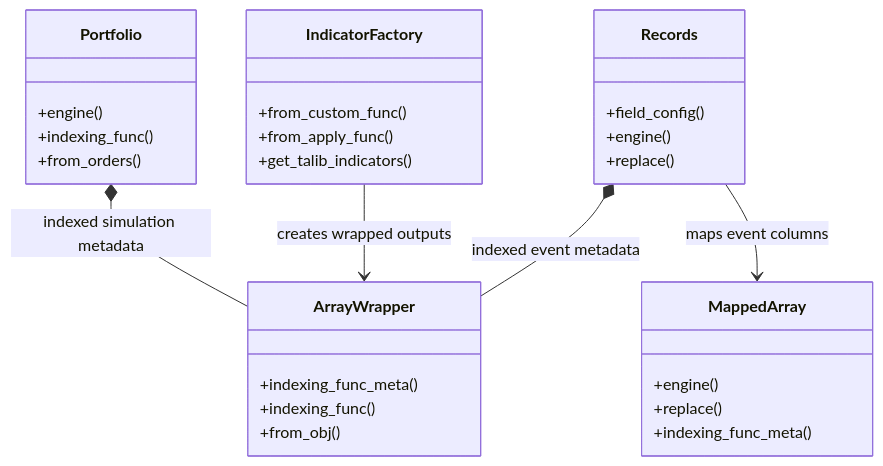
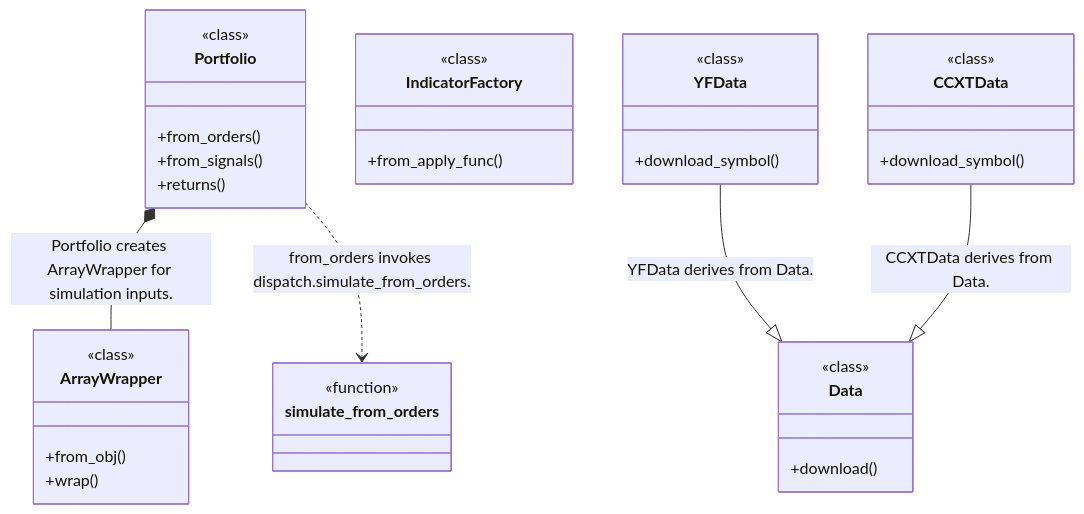
The second of 4 diagrams in docs/ayu-develop.md (alexcwyu/vectorbt), drawn with Mermaid before and after one commit. The commit also changed other lines of this file and 13 other files, not shown here.

Commit message:
docs: standardize source-reviewed system guides and offline diagrams

````diff
--- a/docs/ayu-develop.md
+++ b/docs/ayu-develop.md
@@ -35,32 +95,37 @@
 ```mermaid
 classDiagram
-    class ArrayWrapper {
-        +indexing_func_meta()
-        +indexing_func()
-        +from_obj()
-    }
-    class IndicatorFactory {
-        +from_custom_func()
-        +from_apply_func()
-        +get_talib_indicators()
-    }
-    class Portfolio {
-        +engine()
-        +indexing_func()
-        +from_orders()
-    }
-    class Records {
-        +field_config()
-        +engine()
-        +replace()
-    }
-    class MappedArray {
-        +engine()
-        +replace()
-        +indexing_func_meta()
-    }
-    Portfolio *-- ArrayWrapper : indexed simulation metadata
-    Records *-- ArrayWrapper : indexed event metadata
-    Records --> MappedArray : maps event columns
-    IndicatorFactory --> ArrayWrapper : creates wrapped outputs
+  class N0["Portfolio"] {
+    <<class>>
+    +from_orders()
+    +from_signals()
+    +returns()
+  }
+  class N1["ArrayWrapper"] {
+    <<class>>
+    +from_obj()
+    +wrap()
+  }
+  class N2["Data"] {
+    <<class>>
+    +download()
+  }
+  class N3["IndicatorFactory"] {
+    <<class>>
+    +from_apply_func()
+  }
+  class N4["simulate_from_orders"] {
+    <<function>>
+  }
+  class N5["YFData"] {
+    <<class>>
+    +download_symbol()
+  }
+  class N6["CCXTData"] {
+    <<class>>
+    +download_symbol()
+  }
+  N0 *-- N1 : Portfolio creates ArrayWrapper for simulation inputs.
+  N0 ..> N4 : from_orders invokes dispatch.simulate_from_orders.
+  N5 --|> N2 : YFData derives from Data.
+  N6 --|> N2 : CCXTData derives from Data.
 ```
````
